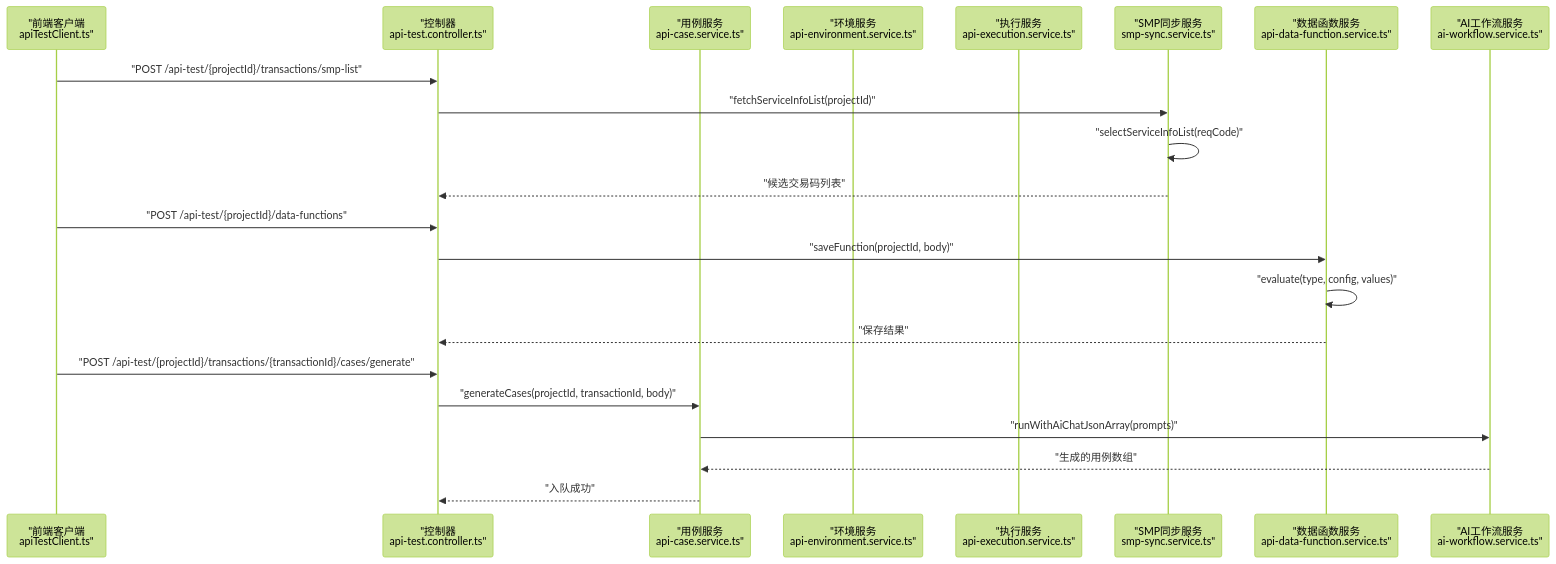
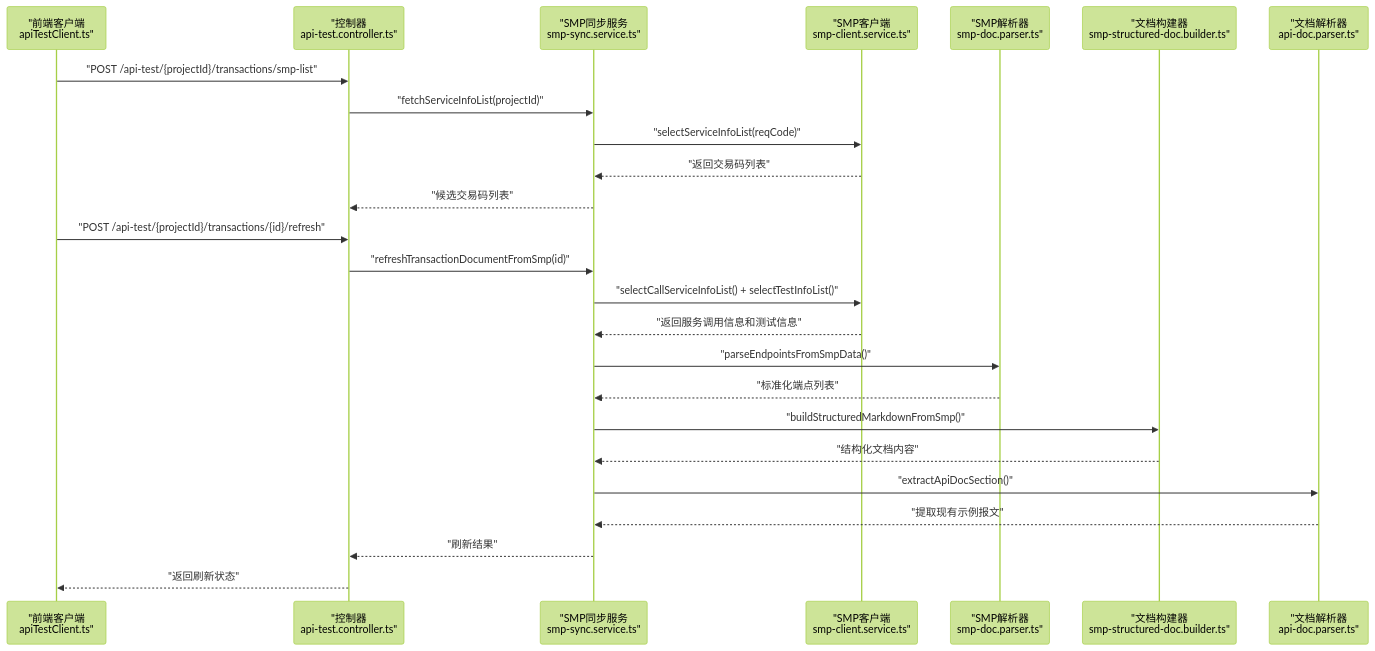
Before and after one commit to Lichhu/caseForge: the second of 8 diagrams in .qoder/repowiki/zh/content/核心功能模块/API 测试模块.md, drawn with Mermaid (forest theme). The commit also changed other lines of this file and 8 other files, not shown here.

````diff
--- a/.qoder/repowiki/zh/content/核心功能模块/API 测试模块.md
+++ b/.qoder/repowiki/zh/content/核心功能模块/API 测试模块.md
@@ -153,24 +188,27 @@
 ```mermaid
 sequenceDiagram
 participant FE as "前端客户端<br/>apiTestClient.ts"
 participant CTL as "控制器<br/>api-test.controller.ts"
-participant SVC_CASE as "用例服务<br/>api-case.service.ts"
-participant SVC_ENV as "环境服务<br/>api-environment.service.ts"
-participant SVC_EXEC as "执行服务<br/>api-execution.service.ts"
 participant SVC_SMP as "SMP同步服务<br/>smp-sync.service.ts"
-participant SVC_DATAFN as "数据函数服务<br/>api-data-function.service.ts"
-participant SVC_AI as "AI工作流服务<br/>ai-workflow.service.ts"
+participant CLIENT as "SMP客户端<br/>smp-client.service.ts"
+participant PARSER as "SMP解析器<br/>smp-doc.parser.ts"
+participant BUILDER as "文档构建器<br/>smp-structured-doc.builder.ts"
+participant DOCPARSER as "文档解析器<br/>api-doc.parser.ts"
 FE->>CTL : "POST /api-test/{projectId}/transactions/smp-list"
 CTL->>SVC_SMP : "fetchServiceInfoList(projectId)"
-SVC_SMP->>SVC_SMP : "selectServiceInfoList(reqCode)"
+SVC_SMP->>CLIENT : "selectServiceInfoList(reqCode)"
+CLIENT-->>SVC_SMP : "返回交易码列表"
 SVC_SMP-->>CTL : "候选交易码列表"
-FE->>CTL : "POST /api-test/{projectId}/data-functions"
-CTL->>SVC_DATAFN : "saveFunction(projectId, body)"
-SVC_DATAFN->>SVC_DATAFN : "evaluate(type, config, values)"
-SVC_DATAFN-->>CTL : "保存结果"
-FE->>CTL : "POST /api-test/{projectId}/transactions/{transactionId}/cases/generate"
-CTL->>SVC_CASE : "generateCases(projectId, transactionId, body)"
-SVC_CASE->>SVC_AI : "runWithAiChatJsonArray(prompts)"
-SVC_AI-->>SVC_CASE : "生成的用例数组"
-SVC_CASE-->>CTL : "入队成功"
+FE->>CTL : "POST /api-test/{projectId}/transactions/{id}/refresh"
+CTL->>SVC_SMP : "refreshTransactionDocumentFromSmp(id)"
+SVC_SMP->>CLIENT : "selectCallServiceInfoList() + selectTestInfoList()"
+CLIENT-->>SVC_SMP : "返回服务调用信息和测试信息"
+SVC_SMP->>PARSER : "parseEndpointsFromSmpData()"
+PARSER-->>SVC_SMP : "标准化端点列表"
+SVC_SMP->>BUILDER : "buildStructuredMarkdownFromSmp()"
+BUILDER-->>SVC_SMP : "结构化文档内容"
+SVC_SMP->>DOCPARSER : "extractApiDocSection()"
+DOCPARSER-->>SVC_SMP : "提取现有示例报文"
+SVC_SMP-->>CTL : "刷新结果"
+CTL-->>FE : "返回刷新状态"
 ```
````
